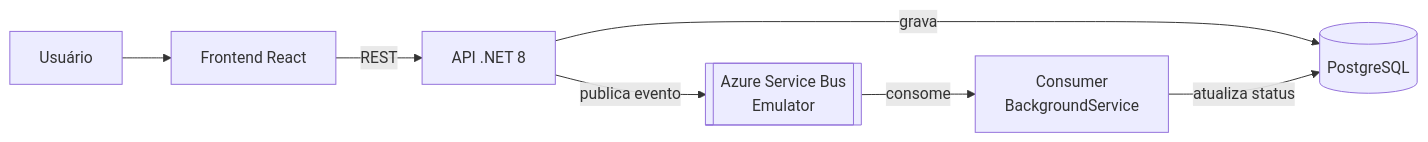
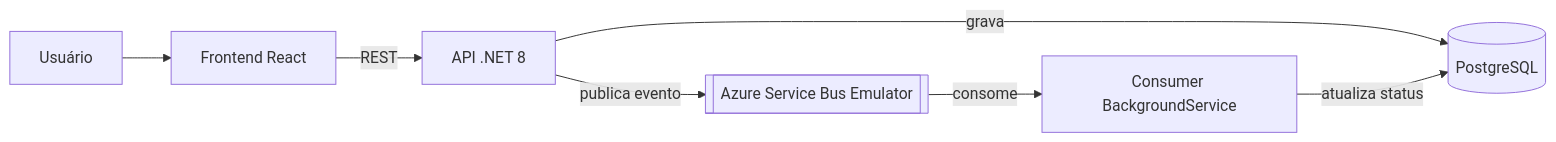
Before and after one commit to MarcosVSantosF/Order-API: the diagram in README.md, drawn with Mermaid. The commit also changed other lines of this file, not shown here.

````diff
--- a/README.md
+++ b/README.md
@@ -28,11 +30,9 @@
 ```mermaid
 flowchart LR
     User[Usuário] --> Frontend[Frontend React]
     Frontend -->|REST| API[API .NET 8]
     API -->|grava| DB[(PostgreSQL)]
-    API -->|publica evento| Queue[[Azure Service Bus
-    Emulator]]
-    Queue -->|consome| Worker[Consumer
-    BackgroundService]
+    API -->|publica evento| Queue[[Azure Service Bus Emulator]]
+    Queue -->|consome| Worker[Consumer BackgroundService]
     Worker -->|atualiza status| DB
 ```
````
